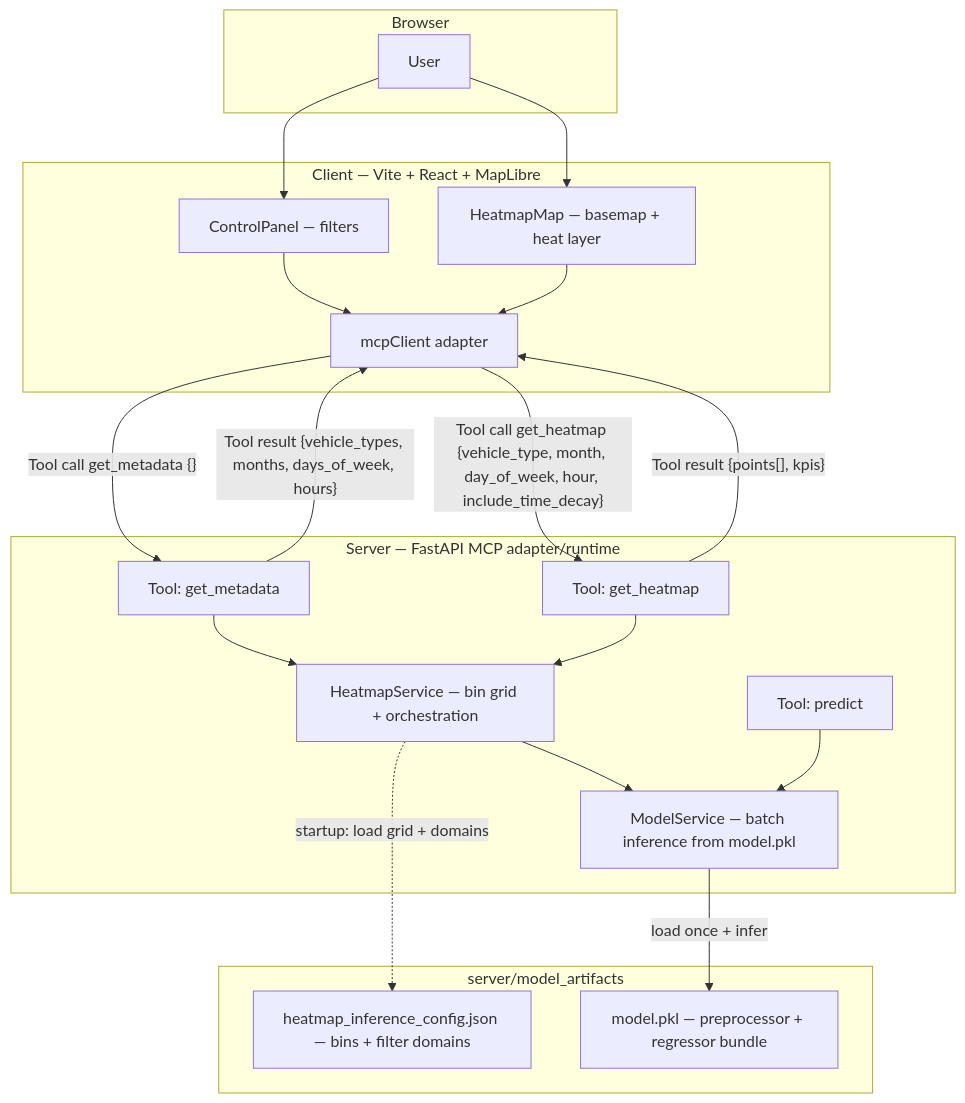
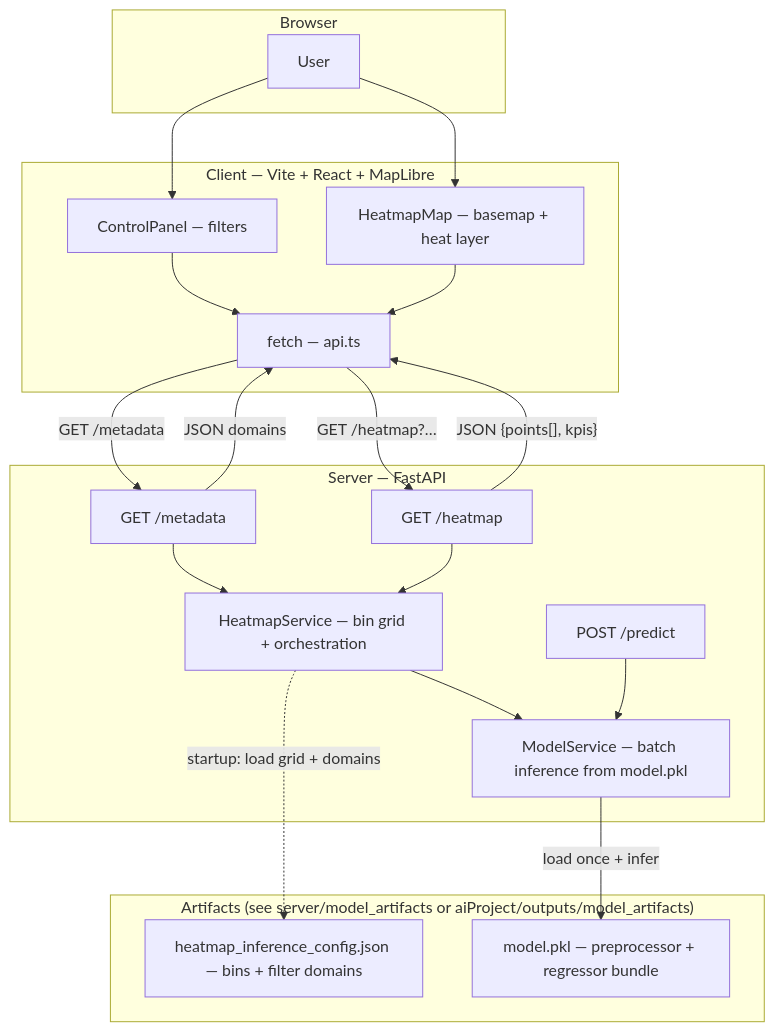
Before and after one commit to rosadigital/centennialCollege_AICapstoneProject: the first of 4 diagrams in README.md, drawn with Mermaid. The commit also changed other lines of this file and 8 other files, not shown here.

````diff
--- a/README.md
+++ b/README.md
@@ -21,40 +21,40 @@
 ```mermaid
 flowchart TB
     subgraph Browser
         U[User]
     end
 
     subgraph Client["Client — Vite + React + MapLibre"]
         CP[ControlPanel — filters]
         HM[HeatmapMap — basemap + heat layer]
-        APIc[mcpClient adapter]
+        APIc["fetch — api.ts"]
         CP --> APIc
         HM --> APIc
     end
 
-    subgraph Server["Server — FastAPI MCP adapter/runtime"]
-        R1["Tool: get_metadata"]
-        R2["Tool: get_heatmap"]
-        R3["Tool: predict"]
+    subgraph Server["Server — FastAPI"]
+        R1["GET /metadata"]
+        R2["GET /heatmap"]
+        R3["POST /predict"]
         HS[HeatmapService — bin grid + orchestration]
         MS[ModelService — batch inference from model.pkl]
         R1 --> HS
         R2 --> HS
         HS --> MS
         R3 --> MS
     end
 
-    subgraph Artifacts["server/model_artifacts"]
+    subgraph Artifacts["Artifacts (see server/model_artifacts or aiProject/outputs/model_artifacts)"]
         CFG["heatmap_inference_config.json — bins + filter domains"]
         PKL["model.pkl — preprocessor + regressor bundle"]
     end
 
     U --> CP
     U --> HM
-    APIc -->|"Tool call get_metadata {}"| R1
-    R1 -->|"Tool result {vehicle_types, months, days_of_week, hours}"| APIc
-    APIc -->|"Tool call get_heatmap {vehicle_type, month, day_of_week, hour, include_time_decay}"| R2
-    R2 -->|"Tool result {points[], kpis}"| APIc
+    APIc -->|"GET /metadata"| R1
+    R1 -->|"JSON domains"| APIc
+    APIc -->|"GET /heatmap?…"| R2
+    R2 -->|"JSON {points[], kpis}"| APIc
     HS -.->|"startup: load grid + domains"| CFG
     MS -->|"load once + infer"| PKL
 ```
````
